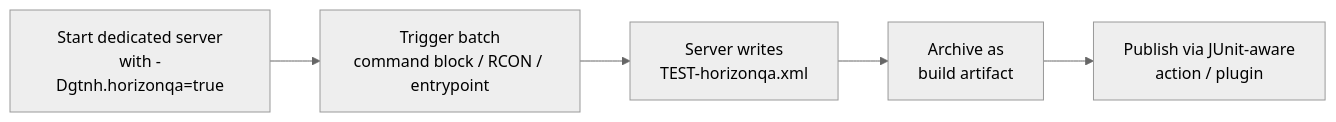
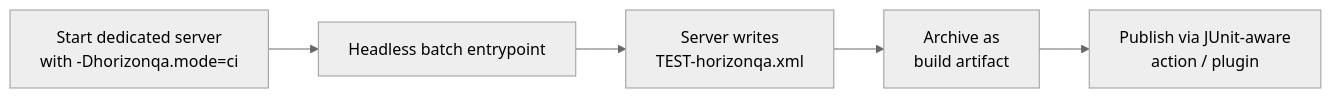
Before and after one commit to GTNewHorizons/Horizon-QA: the diagram in docs/guide/ci.md, drawn with Mermaid (neutral theme). The commit also changed other lines of this file and 16 other files, not shown here.

````diff
--- a/docs/guide/ci.md
+++ b/docs/guide/ci.md
@@ -45,7 +45,7 @@
 ```mermaid
 flowchart LR
-    A[Start dedicated server<br/>with -Dgtnh.horizonqa=true] --> B[Trigger batch<br/>command block / RCON / entrypoint]
+    A[Start dedicated server<br/>with -Dhorizonqa.mode=ci] --> B[Headless batch entrypoint]
     B --> C[Server writes<br/>TEST-horizonqa.xml]
     C --> D[Archive as<br/>build artifact]
     D --> E[Publish via JUnit-aware<br/>action / plugin]
 ```
````
